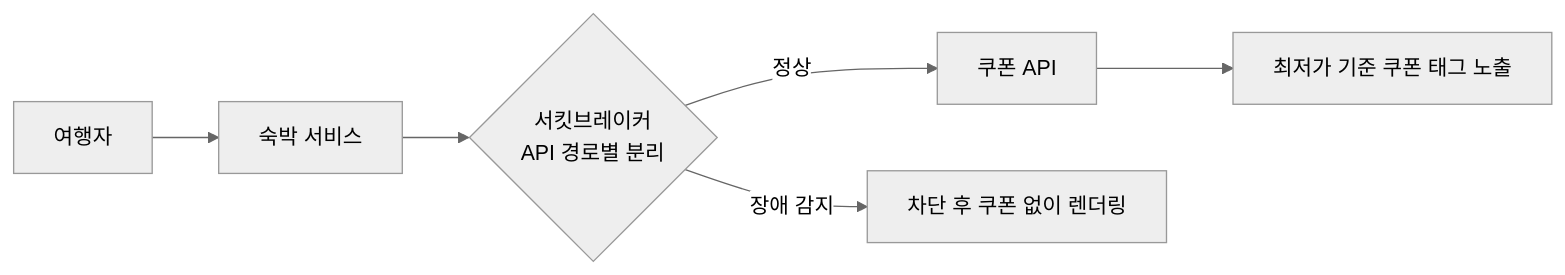
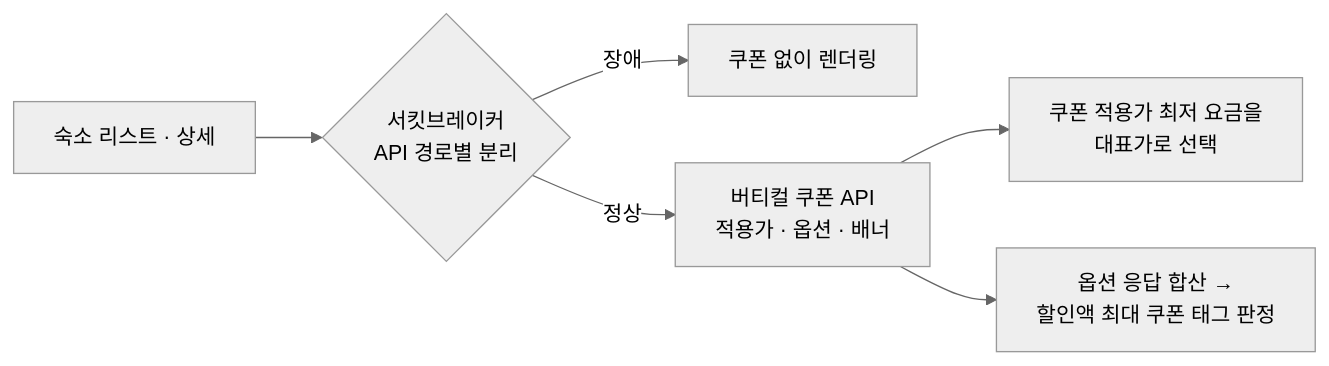
One commit to leeheefull/leeheefull.github.io changed the diagram in portfolio/src/content/projects/mrt-coupon-benefit.md. Above: the diagram before and after it, drawn with Mermaid (neutral theme). The commit also changed other lines of this file, not shown here.

````diff
--- a/portfolio/src/content/projects/mrt-coupon-benefit.md
+++ b/portfolio/src/content/projects/mrt-coupon-benefit.md
@@ -10,8 +10,8 @@
 ```mermaid
 flowchart LR
-    A["여행자"] --> B["숙박 서비스"]
-    B --> C{"서킷브레이커<br/>API 경로별 분리"}
-    C -->|"정상"| D["쿠폰 API"]
-    C -->|"장애 감지"| E["차단 후 쿠폰 없이 렌더링"]
-    D --> F["최저가 기준 쿠폰 태그 노출"]
+    A["숙소 리스트 · 상세"] --> B{"서킷브레이커<br/>API 경로별 분리"}
+    B -->|"장애"| C["쿠폰 없이 렌더링"]
+    B -->|"정상"| D["버티컬 쿠폰 API<br/>적용가 · 옵션 · 배너"]
+    D --> E["쿠폰 적용가 최저 요금을<br/>대표가로 선택"]
+    D --> F["옵션 응답 합산 →<br/>할인액 최대 쿠폰 태그 판정"]
 ```
````
